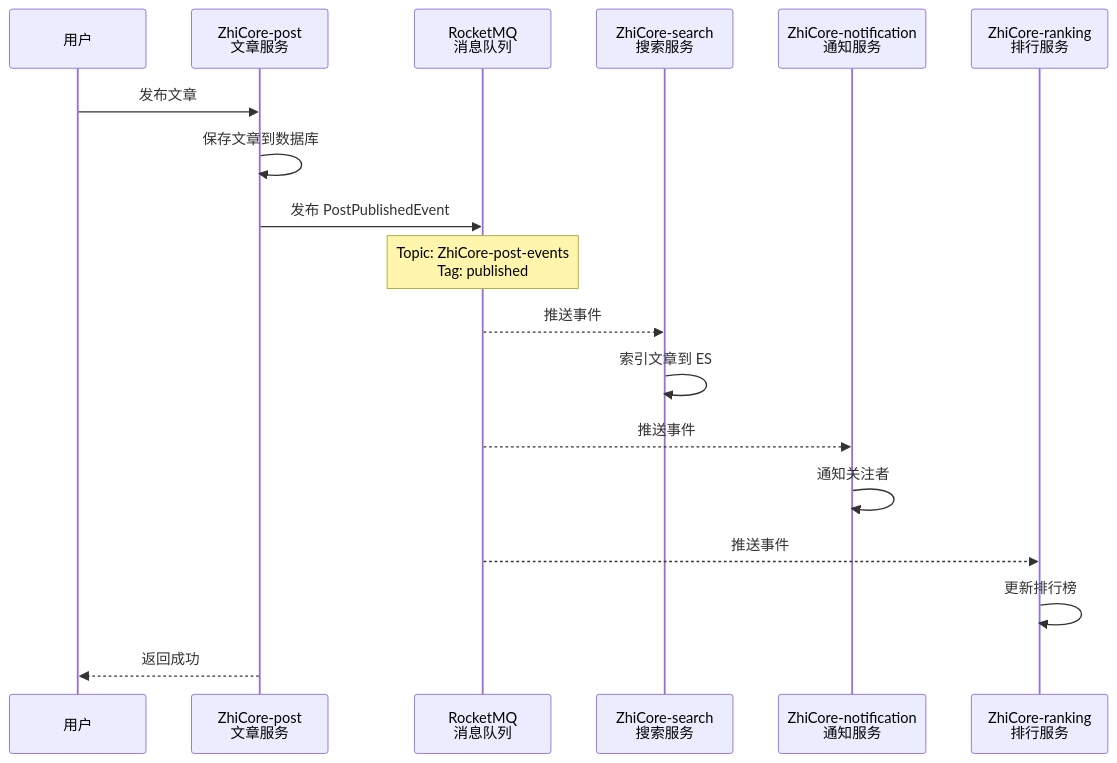
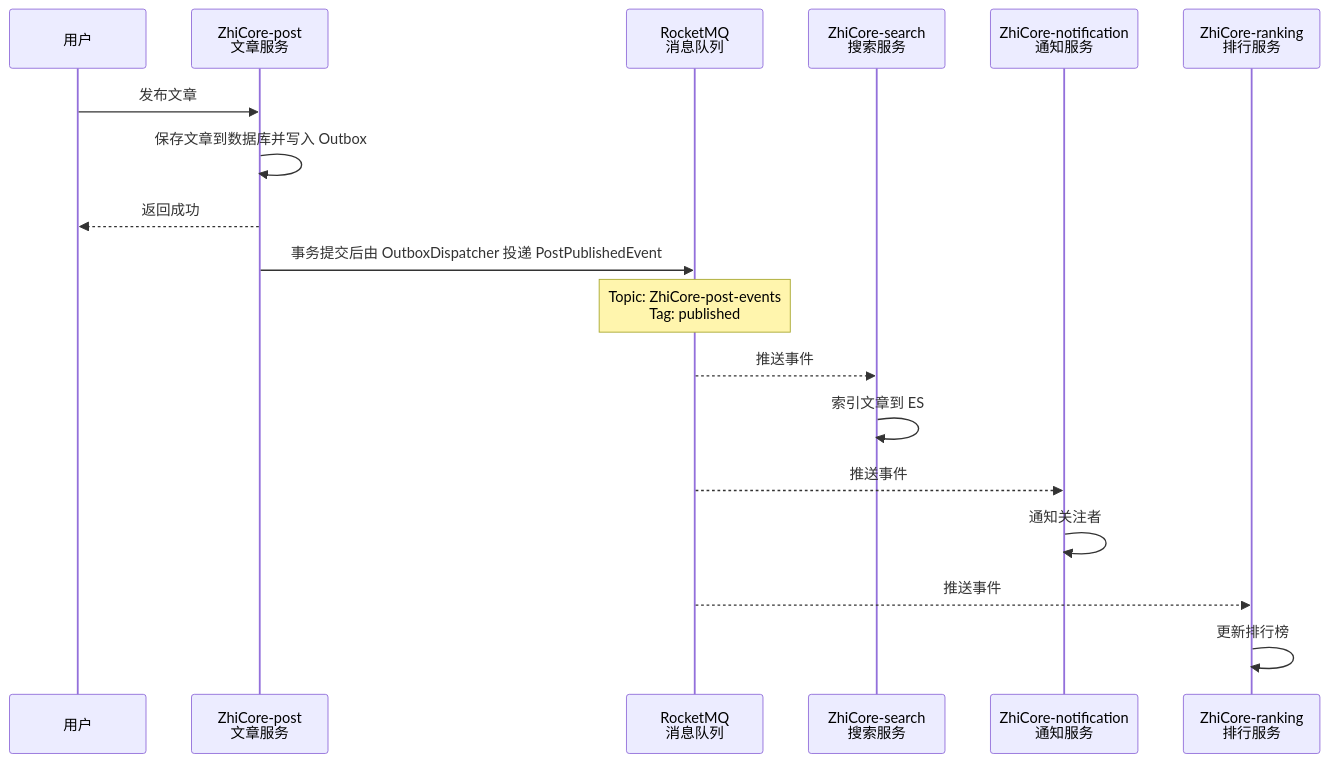
Before and after one commit to architectcgz/zhicore: the second of 2 diagrams in docs/architecture/04-service-communication.md, drawn with Mermaid. The commit also changed other lines of this file and 131 other files, not shown here.

````diff
--- a/docs/architecture/04-service-communication.md
+++ b/docs/architecture/04-service-communication.md
@@ -698,25 +720,24 @@
 ```mermaid
 sequenceDiagram
     participant User as 用户
     participant PostService as ZhiCore-post<br/>文章服务
     participant RocketMQ as RocketMQ<br/>消息队列
     participant SearchService as ZhiCore-search<br/>搜索服务
     participant NotificationService as ZhiCore-notification<br/>通知服务
     participant RankingService as ZhiCore-ranking<br/>排行服务
 
     User->>PostService: 发布文章
-    PostService->>PostService: 保存文章到数据库
-    PostService->>RocketMQ: 发布 PostPublishedEvent
+    PostService->>PostService: 保存文章到数据库并写入 Outbox
+    PostService-->>User: 返回成功
+    PostService->>RocketMQ: 事务提交后由 OutboxDispatcher 投递 PostPublishedEvent
     Note over RocketMQ: Topic: ZhiCore-post-events<br/>Tag: published
     
     RocketMQ-->>SearchService: 推送事件
     SearchService->>SearchService: 索引文章到 ES
     
     RocketMQ-->>NotificationService: 推送事件
     NotificationService->>NotificationService: 通知关注者
     
     RocketMQ-->>RankingService: 推送事件
     RankingService->>RankingService: 更新排行榜
-    
-    PostService-->>User: 返回成功
 ```
````
